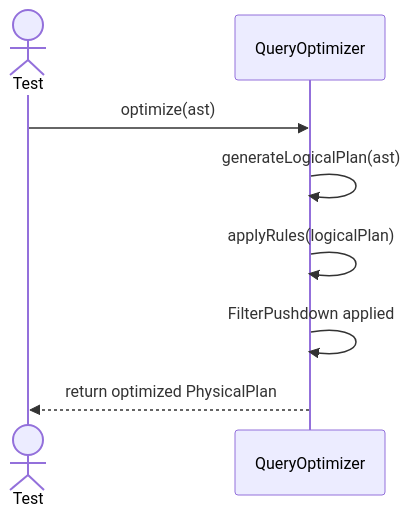
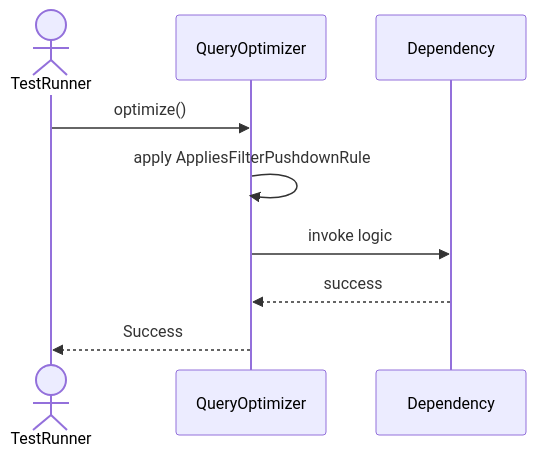
One commit to TamBui1706/DBMS changed the second of 7 diagrams in Sequences/QueryProcessor/QueryOptimizer.md. Above: the diagram before and after it, drawn with Mermaid. The commit also changed other lines of this file and 63 other files, not shown here.

Commit message:
Draw sequence diagram for unit tests

````diff
--- a/Sequences/QueryProcessor/QueryOptimizer.md
+++ b/Sequences/QueryProcessor/QueryOptimizer.md
@@ -34,11 +27,10 @@
 ```mermaid
 sequenceDiagram
-    actor Test
+    actor TestRunner
     participant QueryOptimizer
-
-    Test->>QueryOptimizer: optimize(ast)
-    QueryOptimizer->>QueryOptimizer: generateLogicalPlan(ast)
-    QueryOptimizer->>QueryOptimizer: applyRules(logicalPlan)
-    QueryOptimizer->>QueryOptimizer: FilterPushdown applied
-    QueryOptimizer-->>Test: return optimized PhysicalPlan
+    TestRunner->>QueryOptimizer: optimize()
+    QueryOptimizer->>QueryOptimizer: apply AppliesFilterPushdownRule
+    QueryOptimizer->>Dependency: invoke logic
+    Dependency-->>QueryOptimizer: success
+    QueryOptimizer-->>TestRunner: Success
 ```
````
